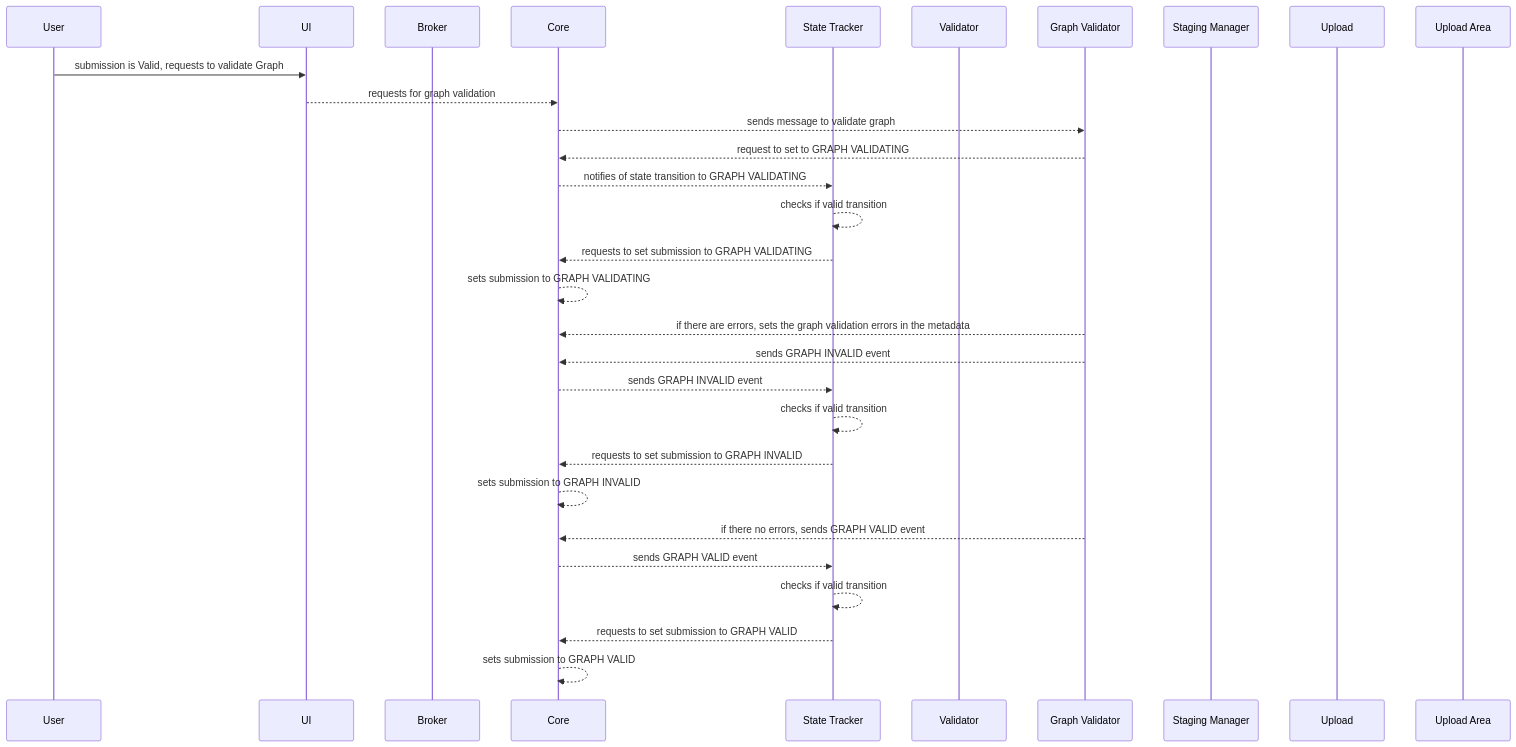
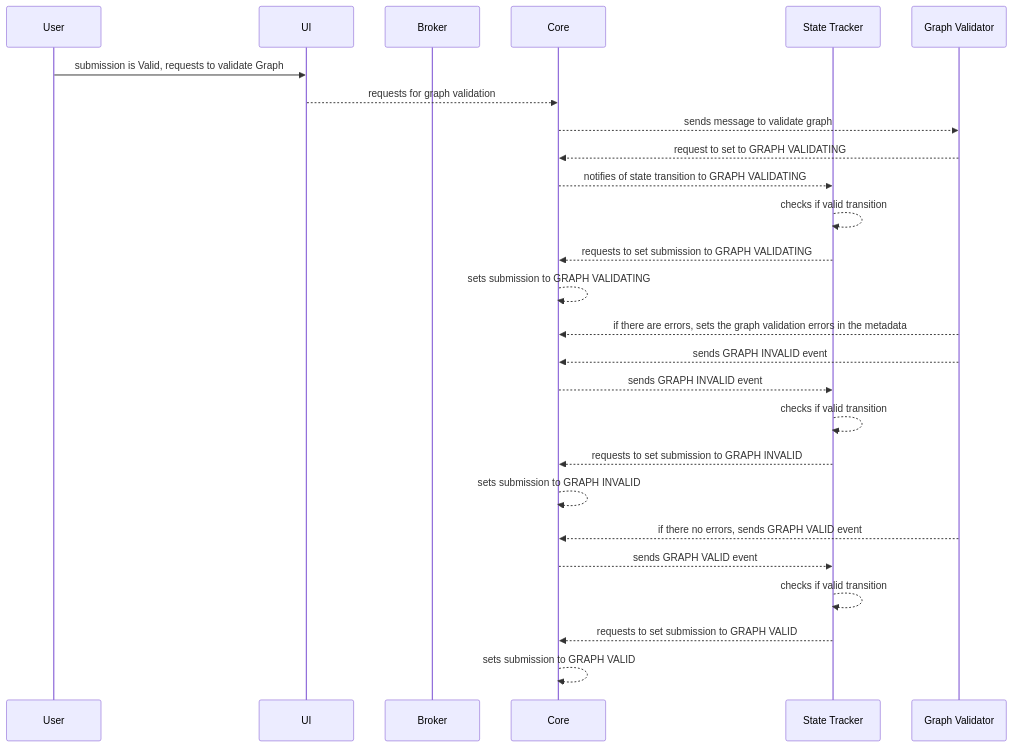
Before and after one commit to ebi-ait/ingest-state-tracking: the third of 5 diagrams in README.md, drawn with Mermaid. The commit also changed other lines of this file, not shown here.

Commit message:
dcp-692 Remove extra participants in each sequence diagram

````diff
--- a/README.md
+++ b/README.md
@@ -121,35 +116,31 @@
 ```mermaid
 sequenceDiagram
   participant User
   participant UI
   participant Broker
   participant Core
   participant State as State Tracker
-  participant Validator
   participant GV as Graph Validator
-  participant Staging Manager
-  participant Upload
-  participant Upload Area
 
   User->>UI: submission is Valid, requests to validate Graph
   UI-->>Core: requests for graph validation
   Core-->> GV: sends message to validate graph
   GV-->>Core: request to set to GRAPH VALIDATING
   Core-->>State: notifies of state transition to GRAPH VALIDATING
   State-->>State: checks if valid transition
   State-->>Core: requests to set submission to GRAPH VALIDATING
   Core-->>Core: sets submission to GRAPH VALIDATING
 
   GV-->>Core: if there are errors, sets the graph validation errors in the metadata
   GV-->>Core: sends GRAPH INVALID event
   Core-->>State: sends GRAPH INVALID event
   State-->>State: checks if valid transition
   State-->>Core: requests to set submission to GRAPH INVALID
   Core-->>Core: sets submission to GRAPH INVALID
   
   GV-->>Core: if there no errors, sends GRAPH VALID event
   Core-->>State: sends GRAPH VALID event
   State-->>State: checks if valid transition
   State-->>Core: requests to set submission to GRAPH VALID
   Core-->>Core: sets submission to GRAPH VALID
 ```
````
